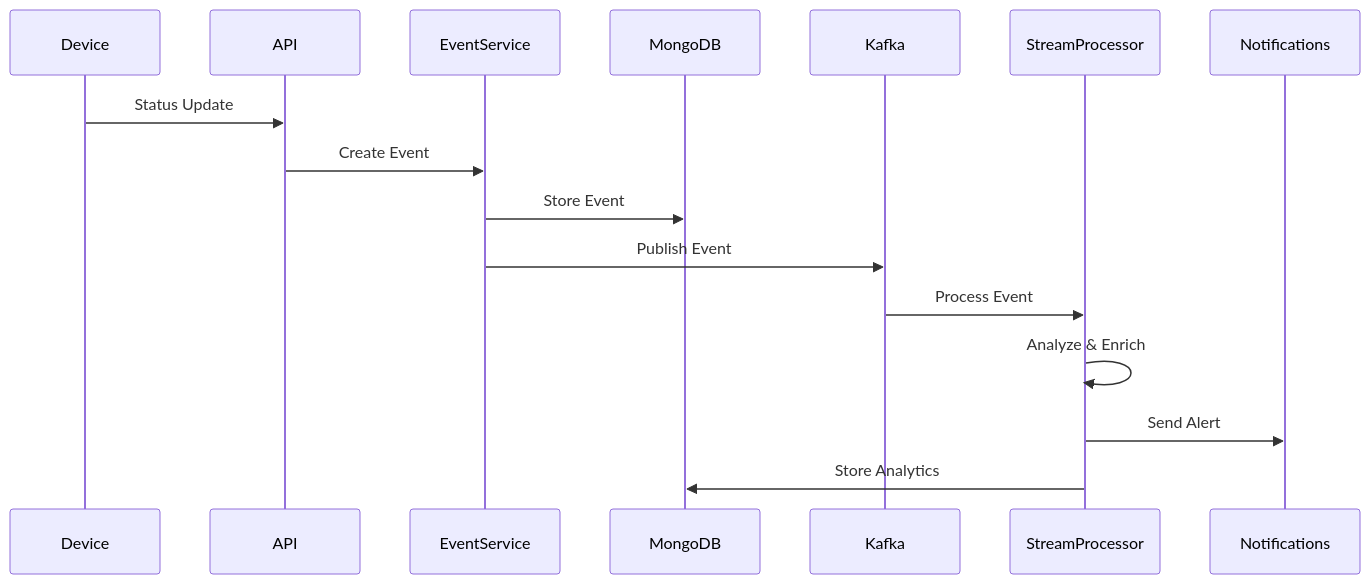
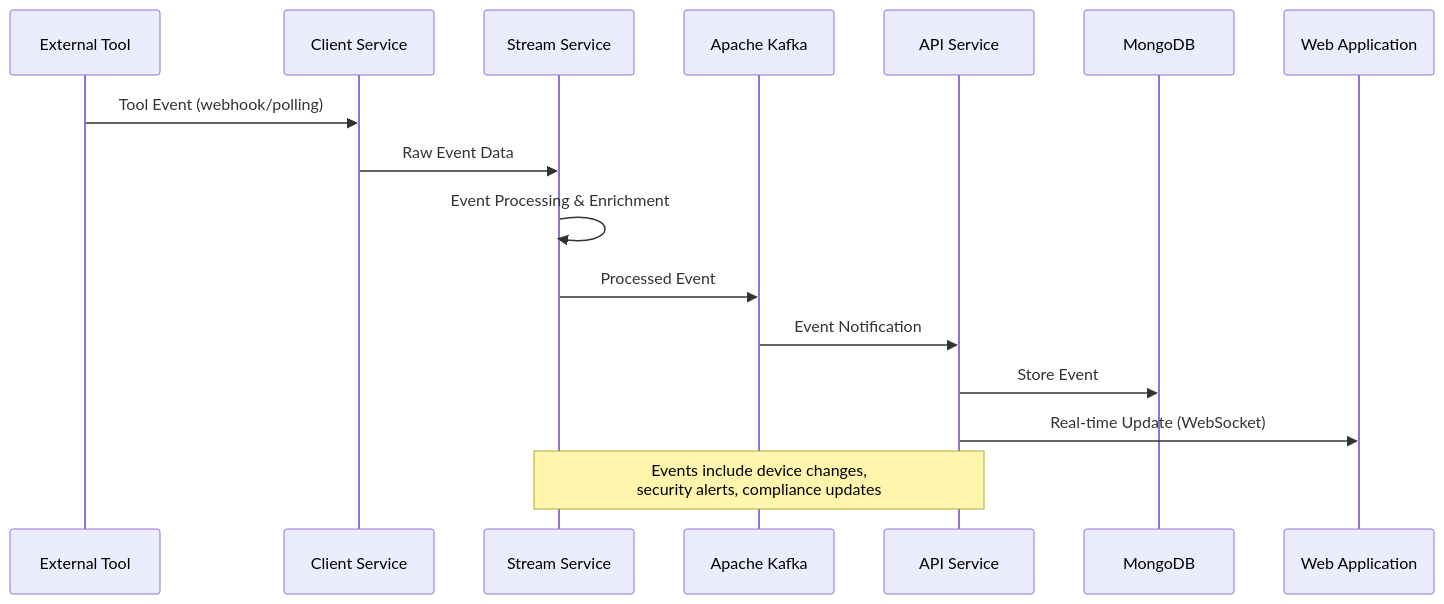
One commit to flamingo-stack/openframe-oss-lib changed the third of 13 diagrams in docs/development/architecture/overview.md. Above: the diagram before and after it, drawn with Mermaid. The commit also changed other lines of this file and 12 other files, not shown here.

````diff
--- a/docs/development/architecture/overview.md
+++ b/docs/development/architecture/overview.md
@@ -495,20 +127,21 @@
 ```mermaid
 sequenceDiagram
-    participant Device
-    participant API
-    participant EventService
-    participant MongoDB
-    participant Kafka
-    participant StreamProcessor
-    participant Notifications
+    participant Tool as External Tool
+    participant Client as Client Service
+    participant Stream as Stream Service
+    participant Kafka as Apache Kafka
+    participant API as API Service
+    participant MongoDB as MongoDB
+    participant WebApp as Web Application
     
-    Device->>API: Status Update
-    API->>EventService: Create Event
-    EventService->>MongoDB: Store Event
-    EventService->>Kafka: Publish Event
+    Tool->>Client: Tool Event (webhook/polling)
+    Client->>Stream: Raw Event Data
+    Stream->>Stream: Event Processing & Enrichment
+    Stream->>Kafka: Processed Event
     
-    Kafka->>StreamProcessor: Process Event
-    StreamProcessor->>StreamProcessor: Analyze & Enrich
-    StreamProcessor->>Notifications: Send Alert
-    StreamProcessor->>MongoDB: Store Analytics
+    Kafka->>API: Event Notification
+    API->>MongoDB: Store Event
+    API->>WebApp: Real-time Update (WebSocket)
+    
+    Note over Stream, API: Events include device changes,<br/>security alerts, compliance updates
 ```
````
